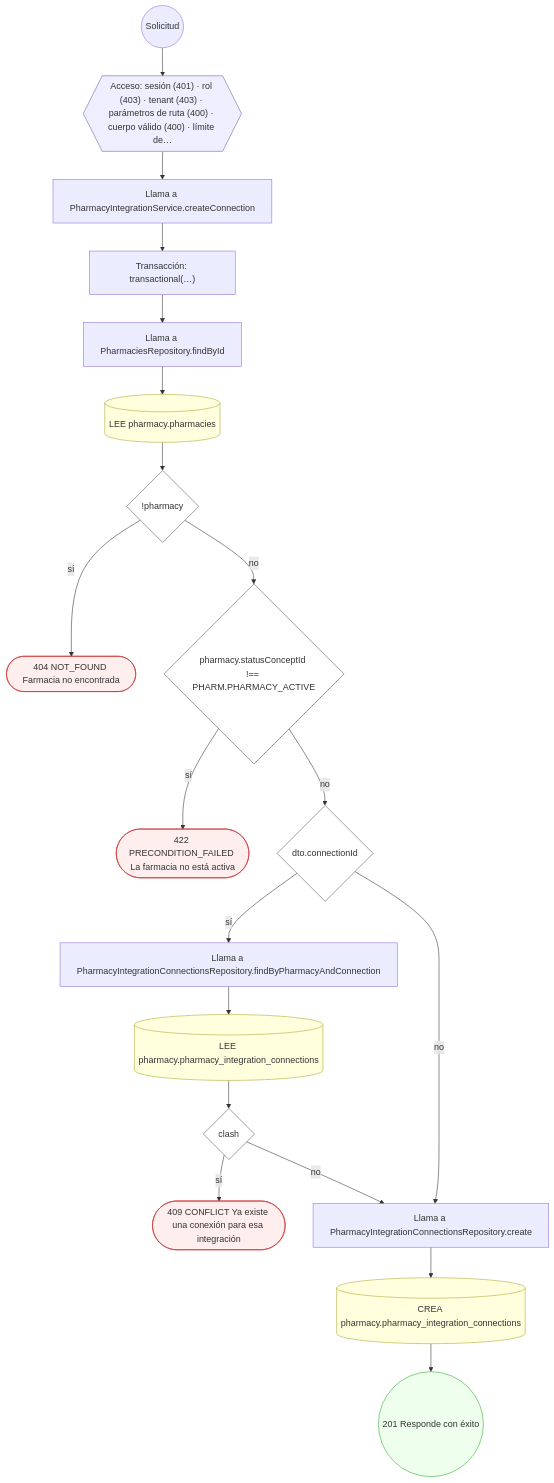
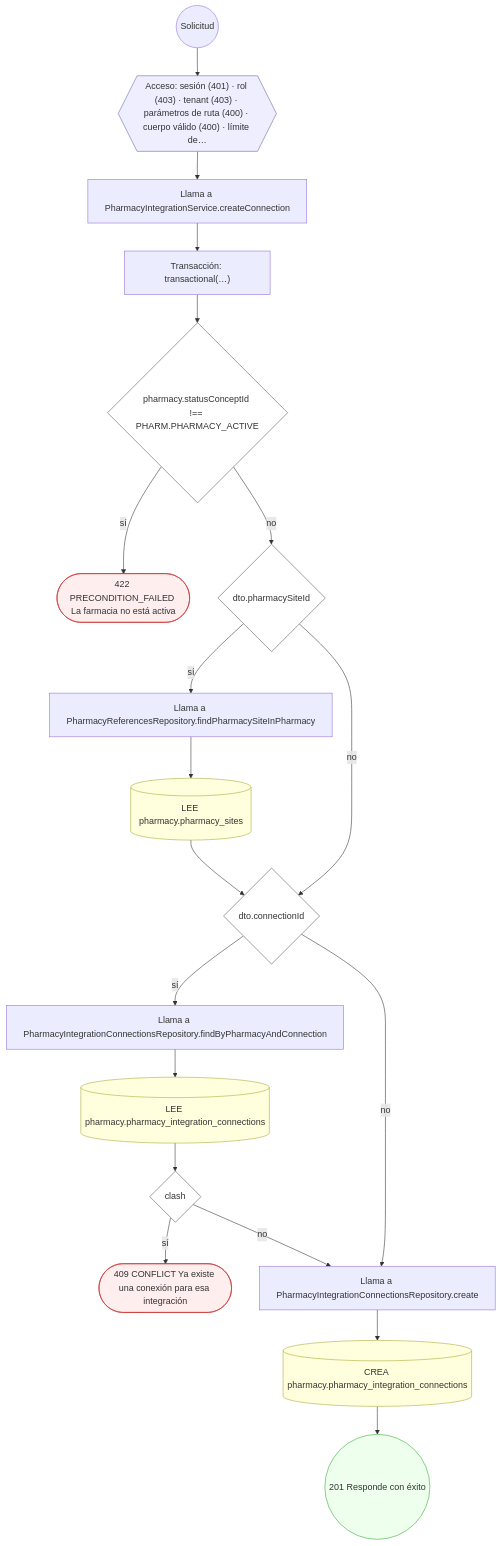
One commit to mdavila-2001/mantra-core-health-api changed the fifth of 21 diagrams in docs/inventario/flujos/pharmacy.md. Above: the diagram before and after it, drawn with Mermaid. The commit also changed other lines of this file and 438 other files, not shown here.

````diff
--- a/docs/inventario/flujos/pharmacy.md
+++ b/docs/inventario/flujos/pharmacy.md
@@ -421,45 +422,44 @@
 ```mermaid
 flowchart TD
   n1(("Solicitud")):::inicio
   n2{{"Acceso: sesión (401) · rol (403) · tenant (403) · parámetros de ruta (400) · cuerpo válido (400) · límite de…"}}:::acceso
   n1 --> n2
   n3["Llama a PharmacyIntegrationService.createConnection"]:::llamada
   n2 --> n3
   n4["Transacción: transactional(…)"]:::transaccion
   n3 --> n4
-  n5["Llama a PharmaciesRepository.findById"]:::llamada
+  n5{"pharmacy.statusConceptId !== PHARM.PHARMACY_ACTIVE"}:::decision
   n4 --> n5
-  n6[("LEE pharmacy.pharmacies")]:::efecto
-  n5 --> n6
-  n7{"!pharmacy"}:::decision
-  n6 --> n7
-  n8(["404 NOT_FOUND Farmacia no encontrada"]):::error
+  n6(["422 PRECONDITION_FAILED La farmacia no está activa"]):::error
+  n5 -->|"sí"| n6
+  n7{"dto.pharmacySiteId"}:::decision
+  n5 -->|"no"| n7
+  n8["Llama a PharmacyReferencesRepository.findPharmacySiteInPharmacy"]:::llamada
   n7 -->|"sí"| n8
-  n9{"pharmacy.statusConceptId !== PHARM.PHARMACY_ACTIVE"}:::decision
-  n7 -->|"no"| n9
-  n10(["422 PRECONDITION_FAILED La farmacia no está activa"]):::error
-  n9 -->|"sí"| n10
-  n11{"dto.connectionId"}:::decision
-  n9 -->|"no"| n11
-  n12["Llama a PharmacyIntegrationConnectionsRepository.findByPharmacyAndConnection"]:::llamada
-  n11 -->|"sí"| n12
-  n13[("LEE pharmacy.pharmacy_integration_connections")]:::efecto
+  n9[("LEE pharmacy.pharmacy_sites")]:::efecto
+  n8 --> n9
+  n10{"dto.connectionId"}:::decision
+  n9 --> n10
+  n7 -->|"no"| n10
+  n11["Llama a PharmacyIntegrationConnectionsRepository.findByPharmacyAndConnection"]:::llamada
+  n10 -->|"sí"| n11
+  n12[("LEE pharmacy.pharmacy_integration_connections")]:::efecto
+  n11 --> n12
+  n13{"clash"}:::decision
   n12 --> n13
-  n14{"clash"}:::decision
-  n13 --> n14
-  n15(["409 CONFLICT Ya existe una conexión para esa integración"]):::error
-  n14 -->|"sí"| n15
-  n16["Llama a PharmacyIntegrationConnectionsRepository.create"]:::llamada
-  n14 -->|"no"| n16
-  n11 -->|"no"| n16
-  n17[("CREA pharmacy.pharmacy_integration_connections")]:::efecto
+  n14(["409 CONFLICT Ya existe una conexión para esa integración"]):::error
+  n13 -->|"sí"| n14
+  n15["Llama a PharmacyIntegrationConnectionsRepository.create"]:::llamada
+  n13 -->|"no"| n15
+  n10 -->|"no"| n15
+  n16[("CREA pharmacy.pharmacy_integration_connections")]:::efecto
+  n15 --> n16
+  n17(("201 Responde con éxito")):::ok
   n16 --> n17
-  n18(("201 Responde con éxito")):::ok
-  n17 --> n18
   classDef acceso fill:#eef,stroke:#66a
   classDef error fill:#fee,stroke:#c33
   classDef ok fill:#efe,stroke:#3a3
   classDef efecto fill:#ffd,stroke:#aa3
   classDef decision fill:#fff,stroke:#555
   classDef corte fill:#eee,stroke:#999,stroke-dasharray: 4
 ```
````
